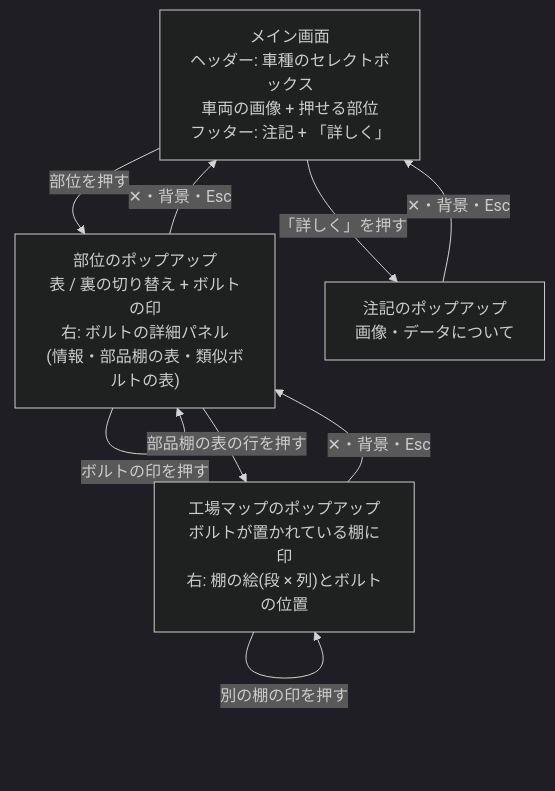
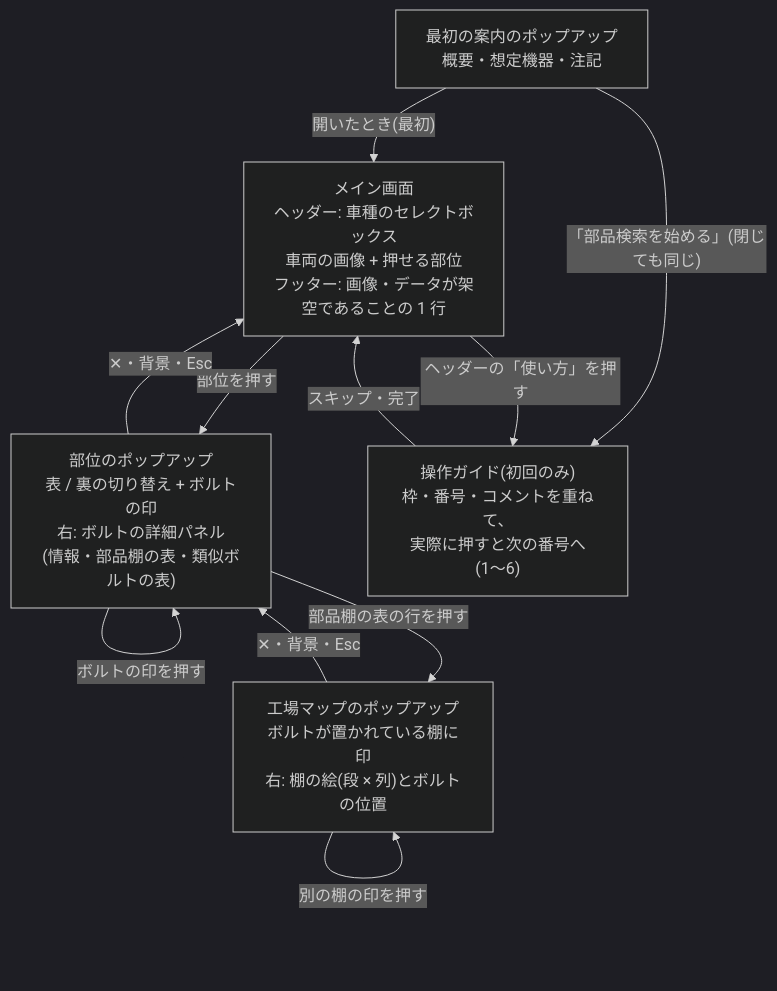
One commit to masashi-tamayama/factory-parts-finder changed the diagram in docs/screen-flow.md. Above: the diagram before and after it, drawn with Mermaid (dark theme). The commit also changed other lines of this file and 2 other files, not shown here.

Commit message:
README と docs を、操作ガイドの追加に合わせて更新
- README: 最初の案内と操作ガイドの説明を追加
- 画面遷移図: ポップアップを 3 つに整理し、操作ガイドを追加
- 技術選定: 案内と操作ガイドの決定を追加

````diff
--- a/docs/screen-flow.md
+++ b/docs/screen-flow.md
@@ -5,16 +5,20 @@
 ```mermaid
 flowchart TD
-    A["メイン画面<br/>ヘッダー: 車種のセレクトボックス<br/>車両の画像 + 押せる部位<br/>フッター: 注記 + 「詳しく」"]
+    A["メイン画面<br/>ヘッダー: 車種のセレクトボックス<br/>車両の画像 + 押せる部位<br/>フッター: 画像・データが架空であることの 1 行"]
     B["部位のポップアップ<br/>表 / 裏の切り替え + ボルトの印<br/>右: ボルトの詳細パネル<br/>(情報・部品棚の表・類似ボルトの表)"]
     C["工場マップのポップアップ<br/>ボルトが置かれている棚に印<br/>右: 棚の絵(段 × 列)とボルトの位置"]
-    N["注記のポップアップ<br/>画像・データについて"]
+    I["最初の案内のポップアップ<br/>概要・想定機器・注記"]
+    G["操作ガイド(初回のみ)<br/>枠・番号・コメントを重ねて、<br/>実際に押すと次の番号へ(1〜6)"]
+
+    I -- "開いたとき(最初)" --> A
+    I -- "「部品検索を始める」(閉じても同じ)" --> G
+    A -- "ヘッダーの「使い方」を押す" --> G
+    G -- "スキップ・完了" --> A
 
     A -- "部位を押す" --> B
     B -- "ボルトの印を押す" --> B
     B -- "✕・背景・Esc" --> A
     B -- "部品棚の表の行を押す" --> C
     C -- "別の棚の印を押す" --> C
     C -- "✕・背景・Esc" --> B
-    A -- "「詳しく」を押す" --> N
-    N -- "✕・背景・Esc" --> A
 ```
````
